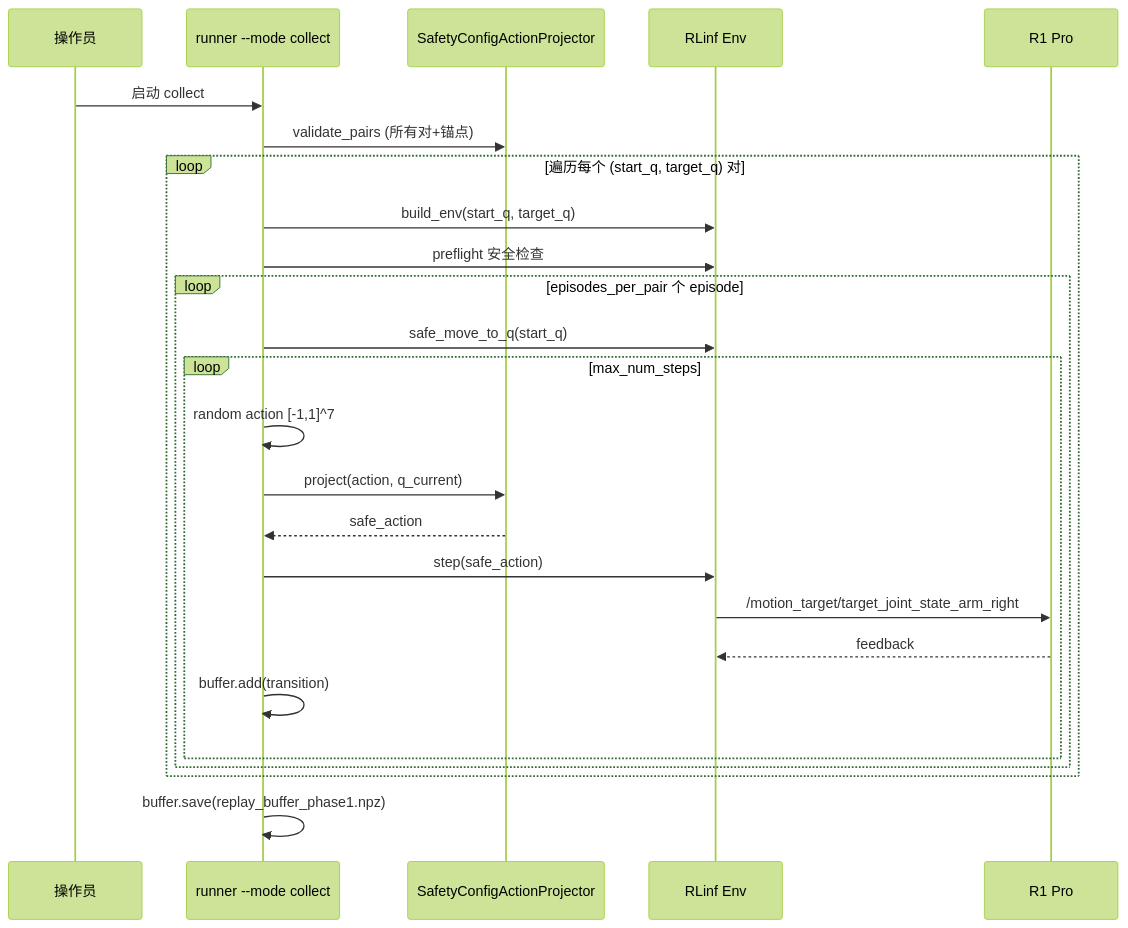
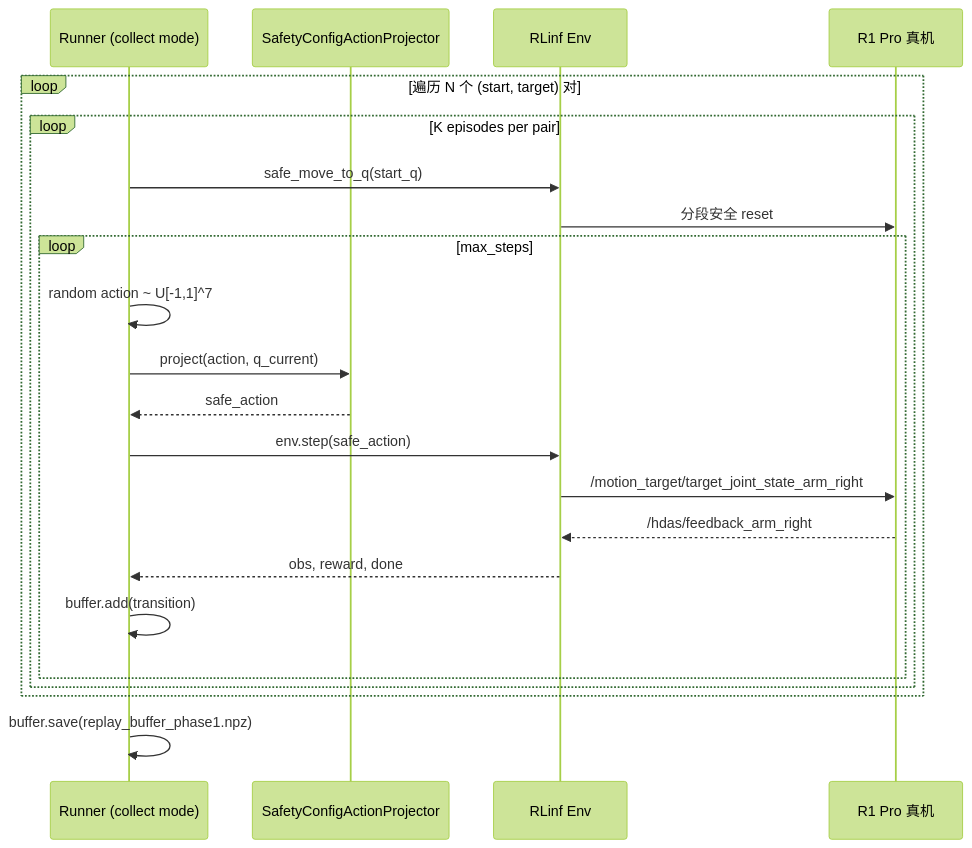
Before and after one commit to Avant-US/RLinf: the third of 4 diagrams in bt/docs/rwRL/r1pro6op47_reach_joint3_1.md, drawn with Mermaid (forest theme). The commit also changed other lines of this file, not shown here.

````diff
--- a/bt/docs/rwRL/r1pro6op47_reach_joint3_1.md
+++ b/bt/docs/rwRL/r1pro6op47_reach_joint3_1.md
@@ -1295,28 +200,25 @@
 ```mermaid
 sequenceDiagram
-    participant Op as 操作员
-    participant Runner as runner --mode collect
-    participant Proj as SafetyConfigActionProjector
-    participant Env as RLinf Env
-    participant Robot as R1 Pro
+    participant R as Runner (collect mode)
+    participant P as SafetyConfigActionProjector
+    participant E as RLinf Env
+    participant Bot as R1 Pro 真机
 
-    Op->>Runner: 启动 collect
-    Runner->>Proj: validate_pairs (所有对+锚点)
-    loop 遍历每个 (start_q, target_q) 对
-        Runner->>Env: build_env(start_q, target_q)
-        Runner->>Env: preflight 安全检查
-        loop episodes_per_pair 个 episode
-            Runner->>Env: safe_move_to_q(start_q)
-            loop max_num_steps
-                Runner->>Runner: random action [-1,1]^7
-                Runner->>Proj: project(action, q_current)
-                Proj-->>Runner: safe_action
-                Runner->>Env: step(safe_action)
-                Env->>Robot: /motion_target/target_joint_state_arm_right
-                Robot-->>Env: feedback
-                Runner->>Runner: buffer.add(transition)
+    loop 遍历 N 个 (start, target) 对
+        loop K episodes per pair
+            R->>E: safe_move_to_q(start_q)
+            E->>Bot: 分段安全 reset
+            loop max_steps
+                R->>R: random action ~ U[-1,1]^7
+                R->>P: project(action, q_current)
+                P-->>R: safe_action
+                R->>E: env.step(safe_action)
+                E->>Bot: /motion_target/target_joint_state_arm_right
+                Bot-->>E: /hdas/feedback_arm_right
+                E-->>R: obs, reward, done
+                R->>R: buffer.add(transition)
             end
         end
     end
-    Runner->>Runner: buffer.save(replay_buffer_phase1.npz)
+    R->>R: buffer.save(replay_buffer_phase1.npz)
 ```
````
